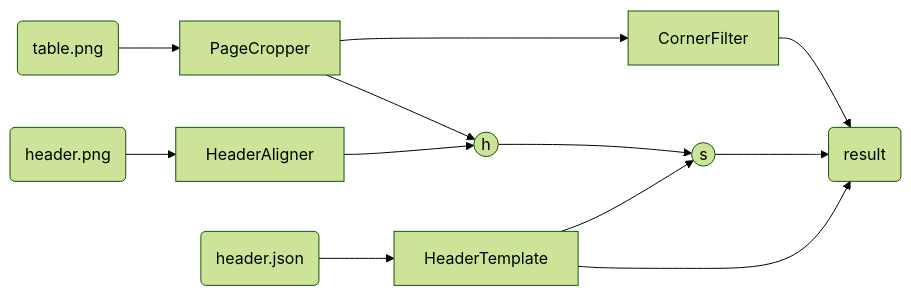
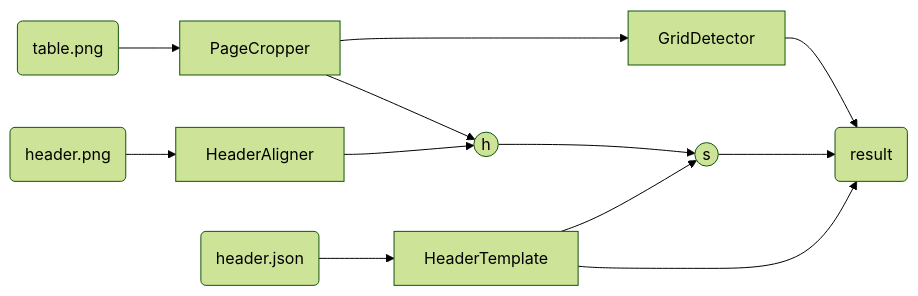
Before and after one commit to GhentCDH/taulu: the diagram in README.md, drawn with Mermaid (forest theme). The commit also changed other lines of this file and 12 other files, not shown here.

````diff
--- a/README.md
+++ b/README.md
@@ -57,14 +57,14 @@
 ```mermaid
 flowchart LR
     h(header.png) --> A[HeaderAligner]
     t(table.png) --> C[PageCropper]
     j(header.json) --> T[HeaderTemplate]
-    C --> F[CornerFilter]
+    C --> F[GridDetector]
     A --> H((h))
     C --> H
     T --> S((s))
     H --> S
     F --> R
     S --> R(result)
     T --> R
 ```
````
